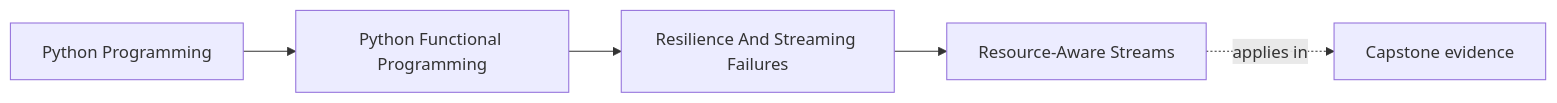
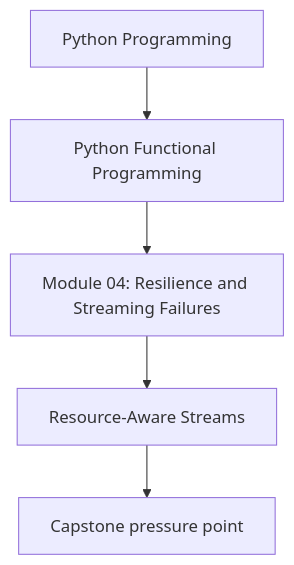
One commit to bijux/bijux-masterclass changed the first of 2 diagrams in programs/python-programming/python-functional-programming/course-book/module-04-resilience-and-streaming-failures/resource-aware-streams.md. Above: the diagram before and after it, drawn with Mermaid. The commit also changed other lines of this file and 118 other files, not shown here.

Commit message:
docs(python-functional-programming): align concept page diagrams

````diff
--- a/programs/python-programming/python-functional-programming/course-book/module-04-resilience-and-streaming-failures/resource-aware-streams.md
+++ b/programs/python-programming/python-functional-programming/course-book/module-04-resilience-and-streaming-failures/resource-aware-streams.md
@@ -7,11 +7,7 @@
 ```mermaid
-graph LR
-  family["Python Programming"]
-  program["Python Functional Programming"]
-  section["Resilience And Streaming Failures"]
-  page["Resource-Aware Streams"]
-  capstone["Capstone evidence"]
-
-  family --> program --> section --> page
-  page -.applies in.-> capstone
+flowchart TD
+  family["Python Programming"] --> program["Python Functional Programming"]
+  program --> module["Module 04: Resilience and Streaming Failures"]
+  module --> concept["Resource-Aware Streams"]
+  concept --> capstone["Capstone pressure point"]
 ```
````
